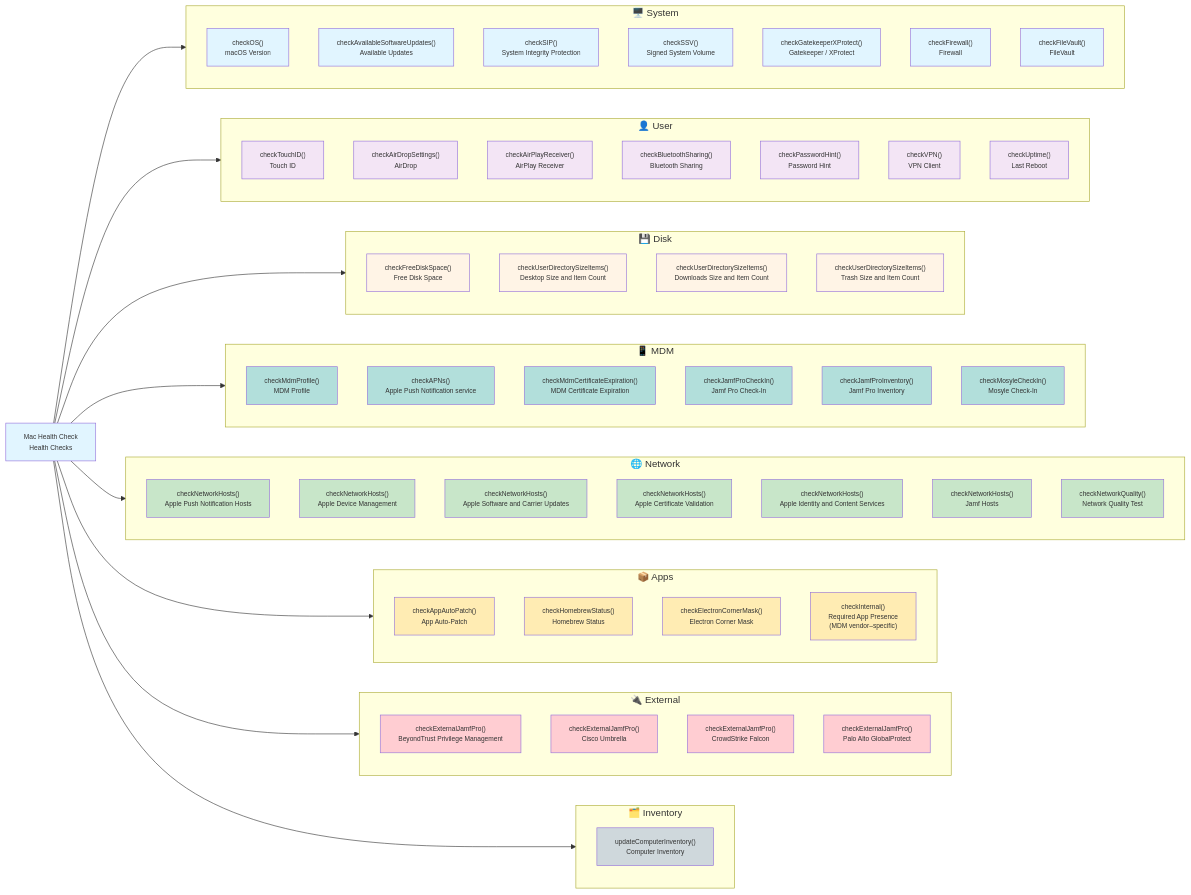
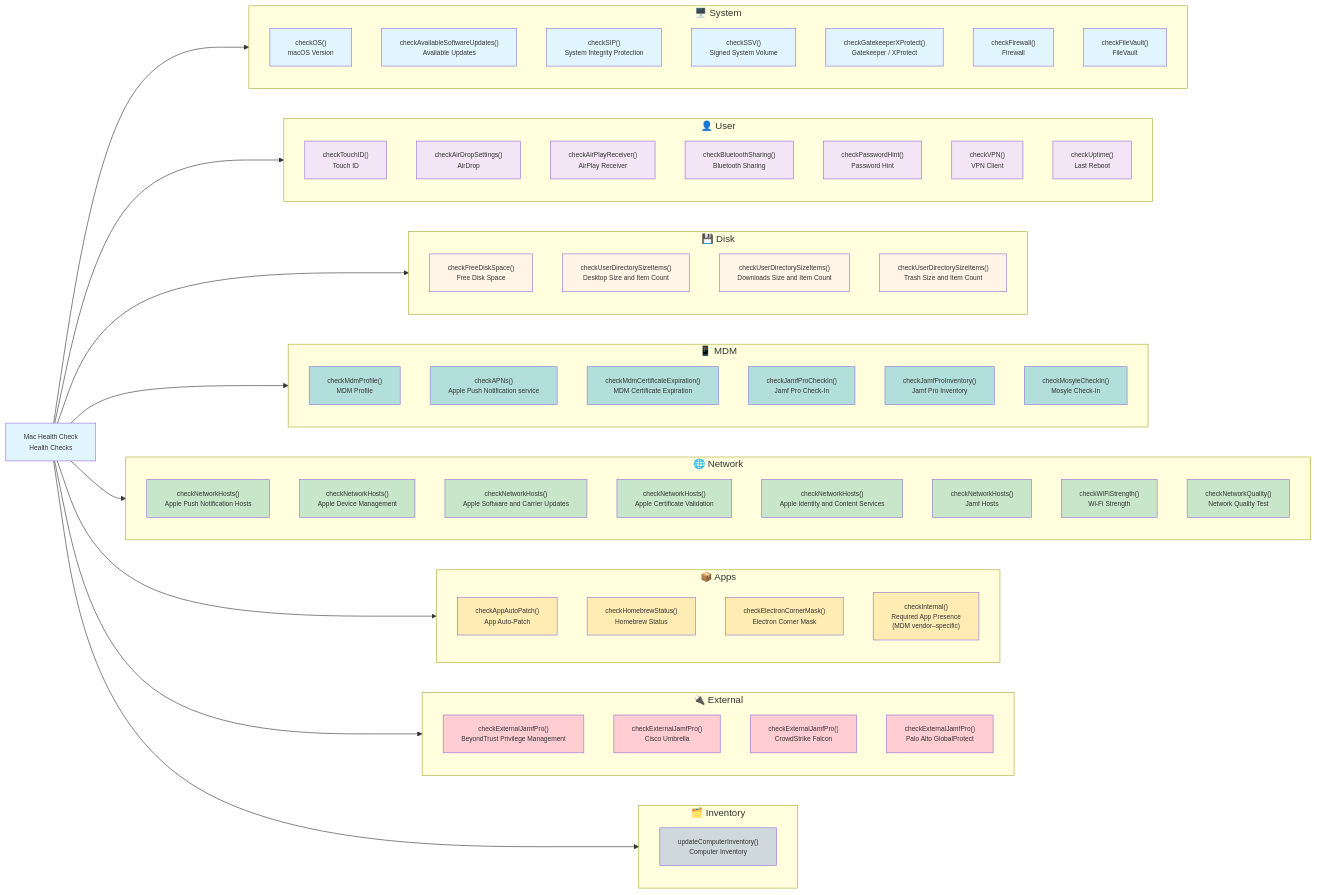
The diagram in Diagrams/03-health-check-categories.md (HowardGMac/Mac-Health-Check), drawn with Mermaid before and after one commit. The commit also changed other lines of this file and 11 other files, not shown here.

```diff
--- a/Diagrams/03-health-check-categories.md
+++ b/Diagrams/03-health-check-categories.md
@@ -77,7 +77,8 @@
         N4["checkNetworkHosts()<br>Apple Certificate Validation"]
         N5["checkNetworkHosts()<br>Apple Identity and Content Services"]
         N6["checkNetworkHosts()<br>Jamf Hosts"]
-        N7["checkNetworkQuality()<br>Network Quality Test"]
+        N7["checkWiFiStrength()<br>Wi-Fi Strength"]
+        N8["checkNetworkQuality()<br>Network Quality Test"]
 
         style N1 fill:#c8e6c9
         style N2 fill:#c8e6c9
@@ -86,6 +87,7 @@
         style N5 fill:#c8e6c9
         style N6 fill:#c8e6c9
         style N7 fill:#c8e6c9
+        style N8 fill:#c8e6c9
     end
 
     subgraph Apps["📦 Apps"]
```
